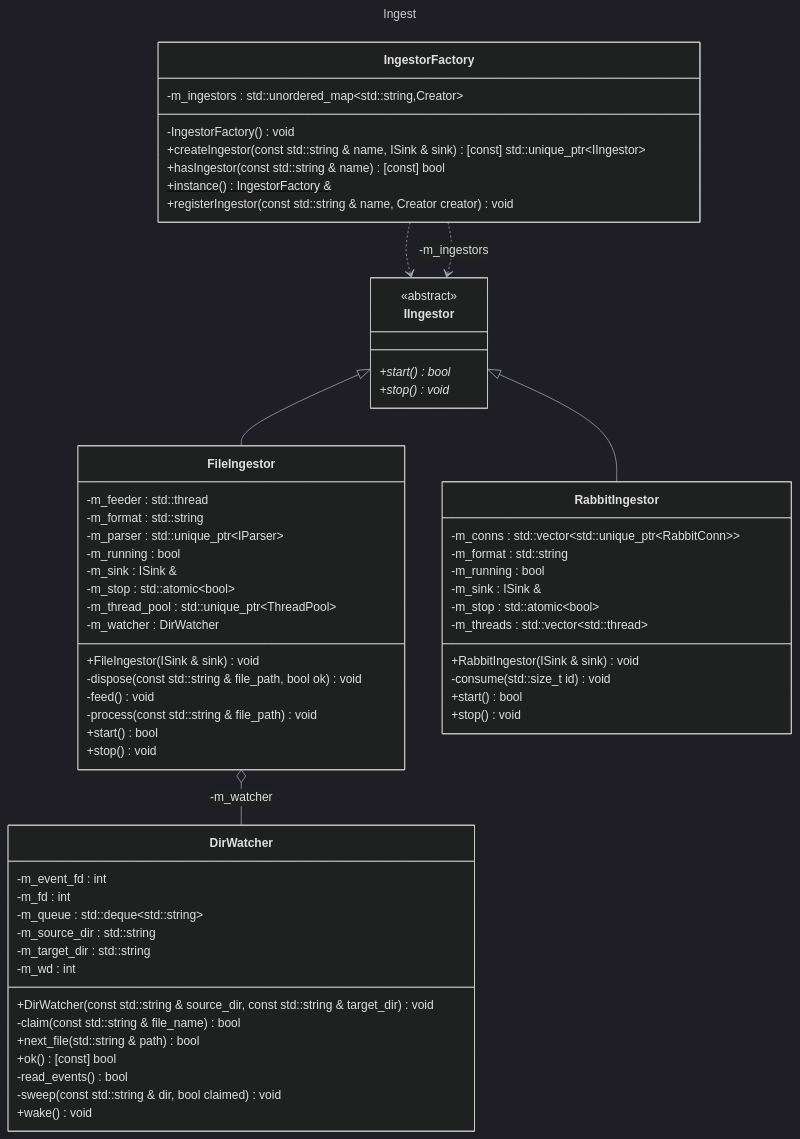
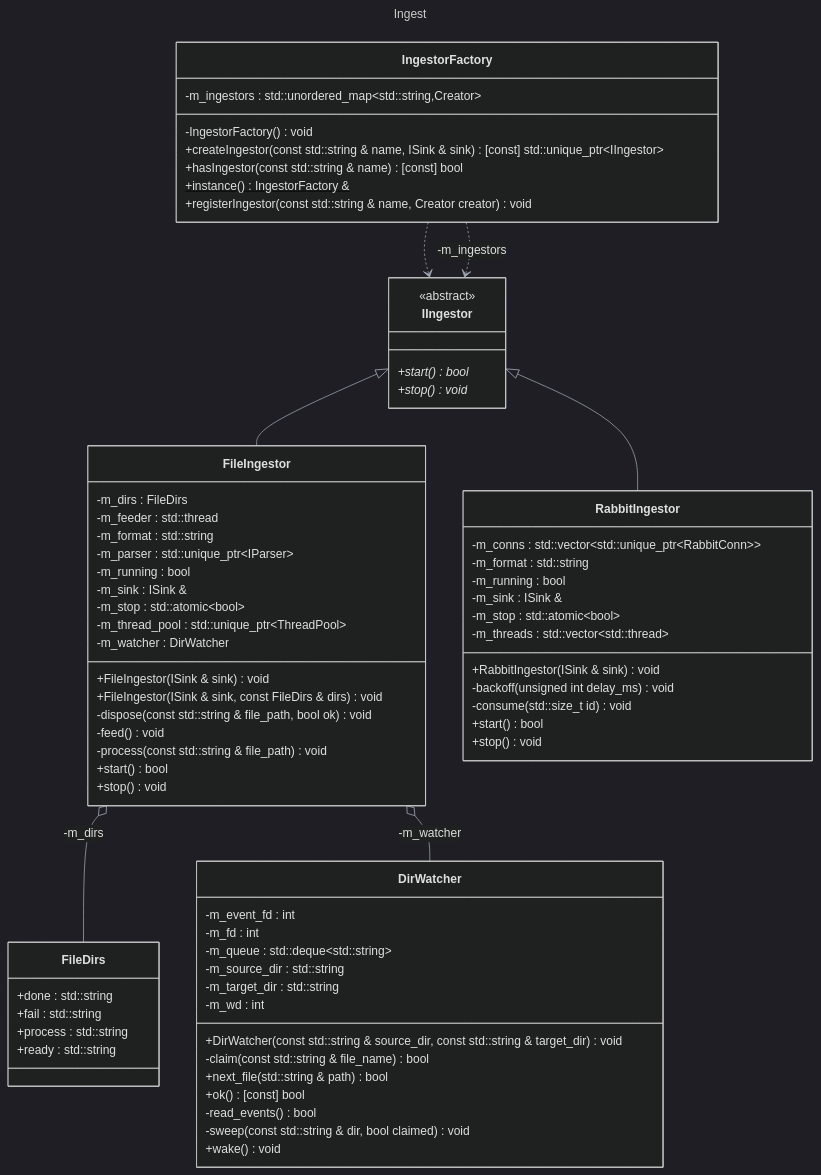
Before and after one commit to shalom2552/cdr-processor: the third of 8 diagrams in docs/Class_Diagrams.md, drawn with Mermaid. The commit also changed other lines of this file and 7 other files, not shown here.

```diff
--- a/docs/Class_Diagrams.md
+++ b/docs/Class_Diagrams.md
@@ -451,14 +455,23 @@
         -m_target_dir : std::string
         -m_wd : int
     }
+    class C_0015825849209398321221["FileDirs"]
+    class C_0015825849209398321221 {
+        +done : std::string
+        +fail : std::string
+        +process : std::string
+        +ready : std::string
+    }
     class C_0015551976288975165073["FileIngestor"]
     class C_0015551976288975165073 {
         +FileIngestor(ISink & sink) void
+        +FileIngestor(ISink & sink, const FileDirs & dirs) void
         -dispose(const std::string & file_path, bool ok) void
         -feed() void
         -process(const std::string & file_path) void
         +start() bool
         +stop() void
+        -m_dirs : FileDirs
         -m_feeder : std::thread
         -m_format : std::string
         -m_parser : std::unique_ptr&lt;IParser&gt;
@@ -471,6 +484,7 @@
     class C_0016309531056379409339["RabbitIngestor"]
     class C_0016309531056379409339 {
         +RabbitIngestor(ISink & sink) void
+        -backoff(unsigned int delay_ms) void
         -consume(std::size_t id) void
         +start() bool
         +stop() void
@@ -483,6 +497,7 @@
     }
     C_0014691924432592965580 ..> C_0005204266784183112504 : 
     C_0014691924432592965580 ..> C_0005204266784183112504 : -m_ingestors
+    C_0015551976288975165073 o-- C_0015825849209398321221 : -m_dirs
     C_0015551976288975165073 o-- C_0009913003735889727705 : -m_watcher
     C_0005204266784183112504 <|-- C_0015551976288975165073 : 
     C_0005204266784183112504 <|-- C_0016309531056379409339 : 
```
